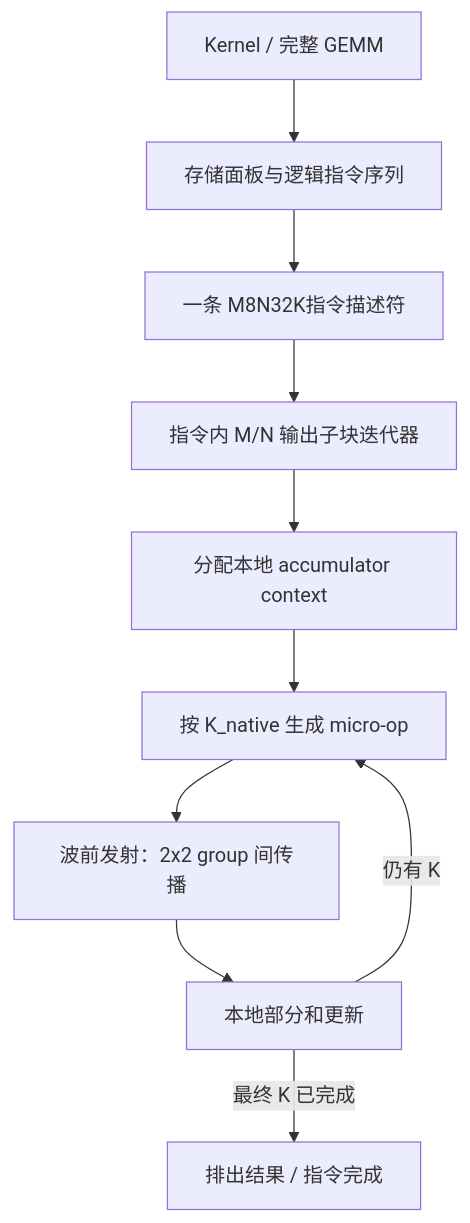
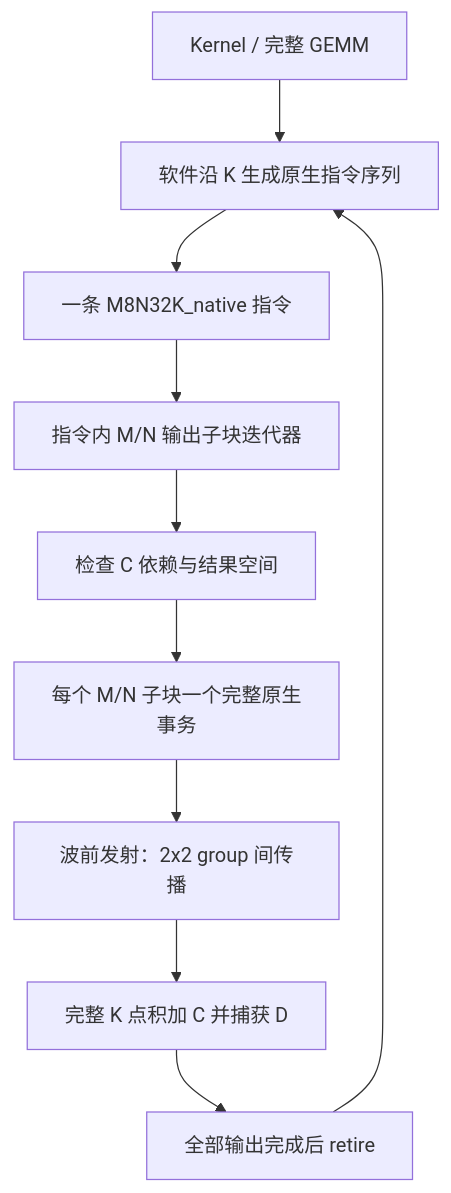
Before and after one commit to Futuresxy/DP-Puzzel: the diagram in hw/spec/os-array-scheduling-research.md, drawn with Mermaid. The commit also changed other lines of this file and 5 other files, not shown here.

````diff
--- a/hw/spec/os-array-scheduling-research.md
+++ b/hw/spec/os-array-scheduling-research.md
@@ -79,12 +81,12 @@
 ```mermaid
 flowchart TD
-    K[Kernel / 完整 GEMM] --> P[存储面板与逻辑指令序列]
-    P --> I[一条 M8N32K指令描述符]
+    K[Kernel / 完整 GEMM] --> P[软件沿 K 生成原生指令序列]
+    P --> I[一条 M8N32K_native 指令]
     I --> T[指令内 M/N 输出子块迭代器]
-    T --> C[分配本地 accumulator context]
-    C --> Q[按 K_native 生成 micro-op]
+    T --> C[检查 C 依赖与结果空间]
+    C --> Q[每个 M/N 子块一个完整原生事务]
     Q --> W[波前发射：2x2 group 间传播]
-    W --> A[本地部分和更新]
-    A -->|仍有 K| Q
-    A -->|最终 K 已完成| D[排出结果 / 指令完成]
+    W --> A[完整 K 点积加 C 并捕获 D]
+    A --> D[全部输出完成后 retire]
+    D --> P
 ```
````
